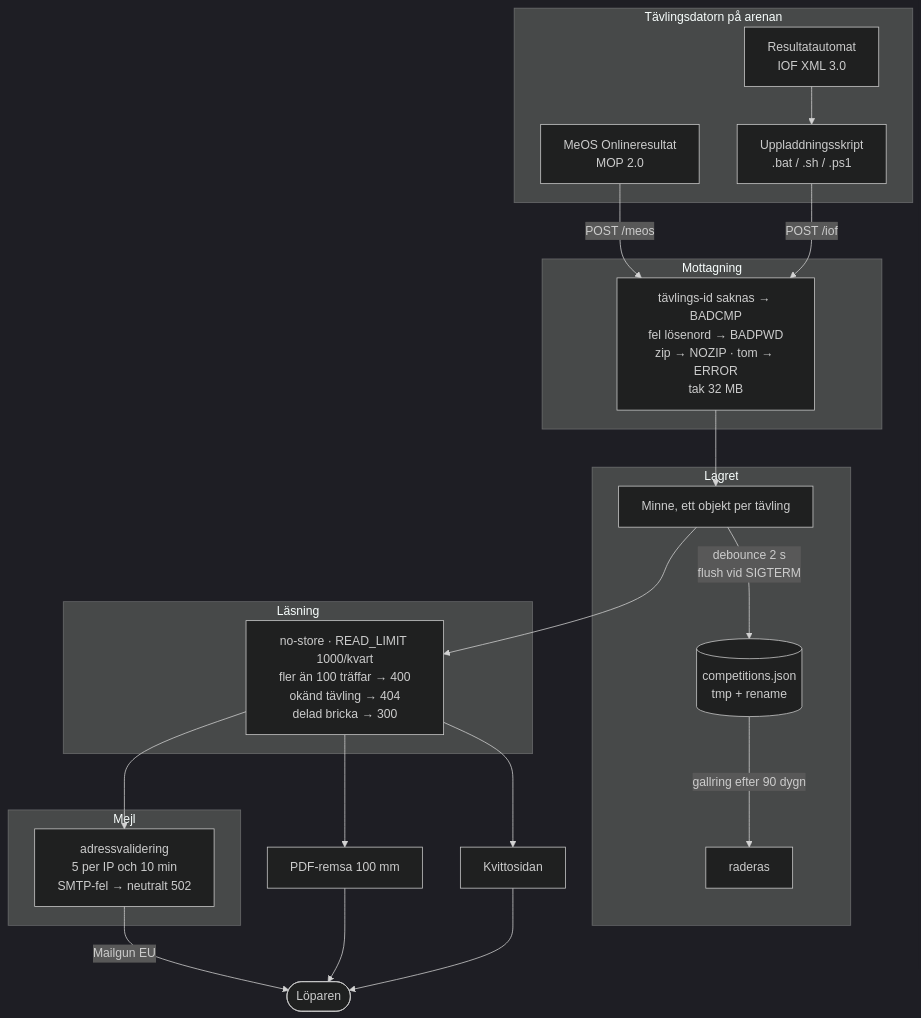
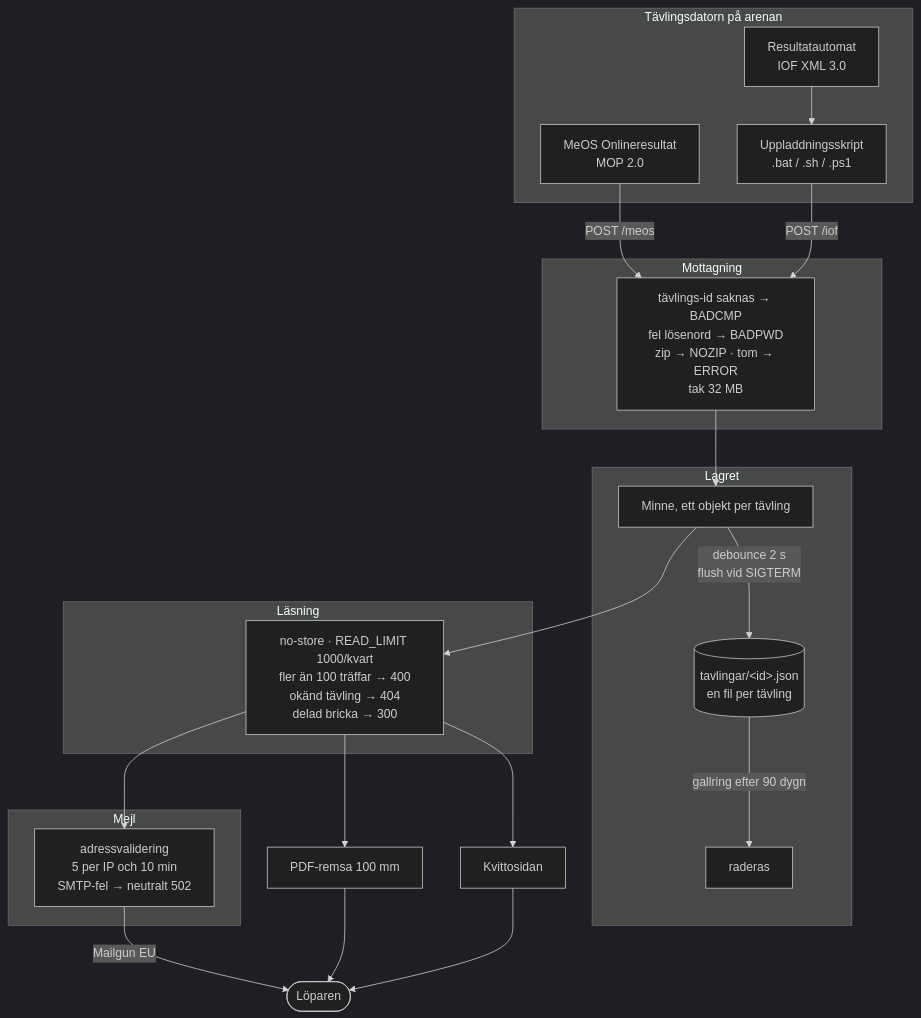
Before and after one commit to mattias242/meos-receipt: the first of 3 diagrams in docs/systemritning.md, drawn with Mermaid (dark theme). The commit also changed other lines of this file and 8 other files, not shown here.

````diff
--- a/docs/systemritning.md
+++ b/docs/systemritning.md
@@ -12,43 +12,43 @@
 ```mermaid
 flowchart TB
   subgraph DATOR["Tävlingsdatorn på arenan"]
     MEOS["MeOS Onlineresultat<br/>MOP 2.0"]
     AUTO["Resultatautomat<br/>IOF XML 3.0"]
     SKRIPT["Uppladdningsskript<br/>.bat / .sh / .ps1"]
   end
 
   AUTO --> SKRIPT
   MEOS -->|"POST /meos"| G1
   SKRIPT -->|"POST /iof"| G1
 
   subgraph MOTTAG["Mottagning"]
     G1["tävlings-id saknas → BADCMP<br/>fel lösenord → BADPWD<br/>zip → NOZIP · tom → ERROR<br/>tak 32 MB"]
   end
 
   G1 --> STORE
 
   subgraph LAGER["Lagret"]
     STORE["Minne, ett objekt per tävling"]
-    DISK[("competitions.json<br/>tmp + rename")]
+    DISK[("tavlingar/&lt;id&gt;.json<br/>en fil per tävling")]
     STORE -->|"debounce 2 s<br/>flush vid SIGTERM"| DISK
     DISK -->|"gallring efter 90 dygn"| BORT["raderas"]
   end
 
   STORE --> G2
 
   subgraph LAS["Läsning"]
     G2["no-store · READ_LIMIT 1000/kvart<br/>fler än 100 träffar → 400<br/>okänd tävling → 404<br/>delad bricka → 300"]
   end
 
   G2 --> SIDA["Kvittosidan"]
   G2 --> PDF["PDF-remsa 100 mm"]
   G2 --> MEJL
 
   subgraph UTSKICK["Mejl"]
     MEJL["adressvalidering<br/>5 per IP och 10 min<br/>SMTP-fel → neutralt 502"]
   end
 
   SIDA --> LOPARE(["Löparen"])
   PDF --> LOPARE
   MEJL -->|"Mailgun EU"| LOPARE
 ```
````
